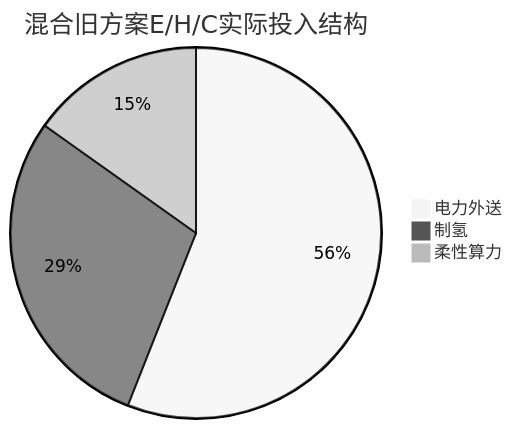
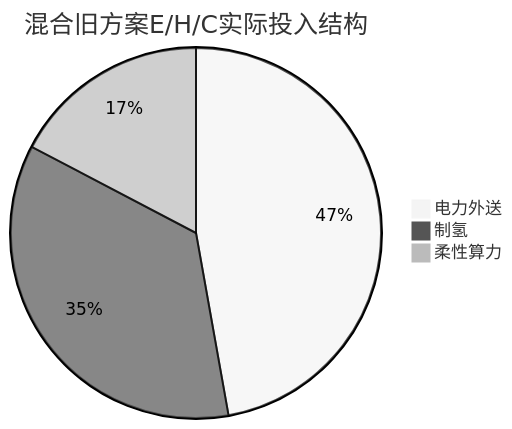
One commit to LIJunHong659/Blue-Ocean-Mode changed the sixth of 10 diagrams in C5/场景设计与四方案对比及收益转正分析.md. Above: the diagram before and after it, drawn with Mermaid (neutral theme). The commit also changed other lines of this file and 13 other files, not shown here.

````diff
--- a/C5/场景设计与四方案对比及收益转正分析.md
+++ b/C5/场景设计与四方案对比及收益转正分析.md
@@ -120,6 +120,6 @@
 ```mermaid
 pie title 混合旧方案E/H/C实际投入结构
-    "电力外送" : 55.994
-    "制氢" : 28.830
-    "柔性算力" : 15.176
+    "电力外送" : 47.189
+    "制氢" : 35.498
+    "柔性算力" : 17.313
 ```
````
